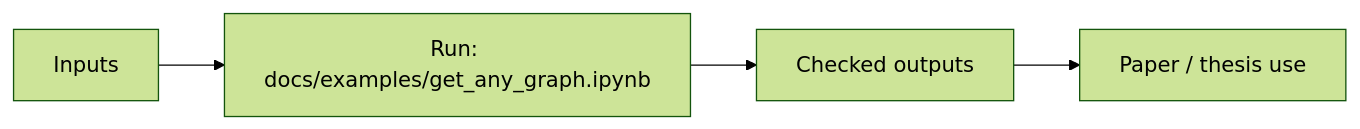
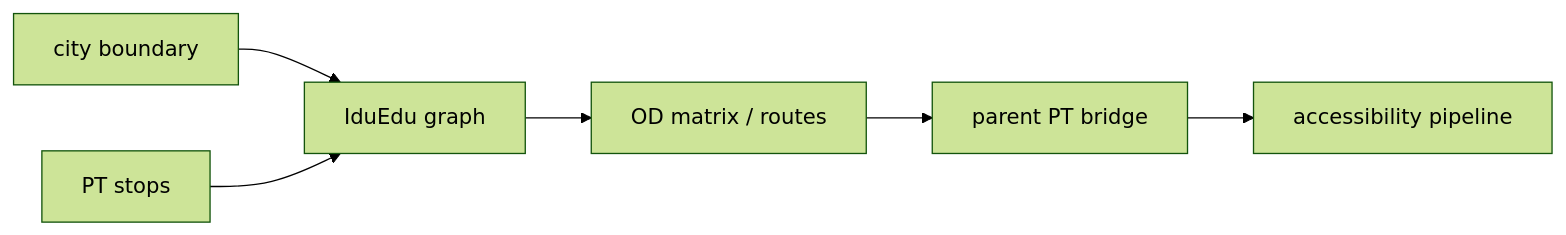
The diagram in README.md (GeorgeKontsevik/IduEdu), drawn with Mermaid (forest theme) before and after one commit. The commit also changed other lines of this file, not shown here.

Commit message:
Improve README diagrams and project descriptions

````diff
--- a/README.md
+++ b/README.md
@@ -7,6 +7,8 @@
 ```mermaid
 flowchart LR
-    A[Inputs] --> B[Run: docs/examples/get_any_graph.ipynb]
-    B --> C[Checked outputs]
-    C --> D[Paper / thesis use]
+    CITY[city boundary] --> GRAPH[IduEdu graph]
+    STOPS[PT stops] --> GRAPH
+    GRAPH --> OD[OD matrix / routes]
+    OD --> BRIDGE[parent PT bridge]
+    BRIDGE --> PIPE[accessibility pipeline]
 ```
````
